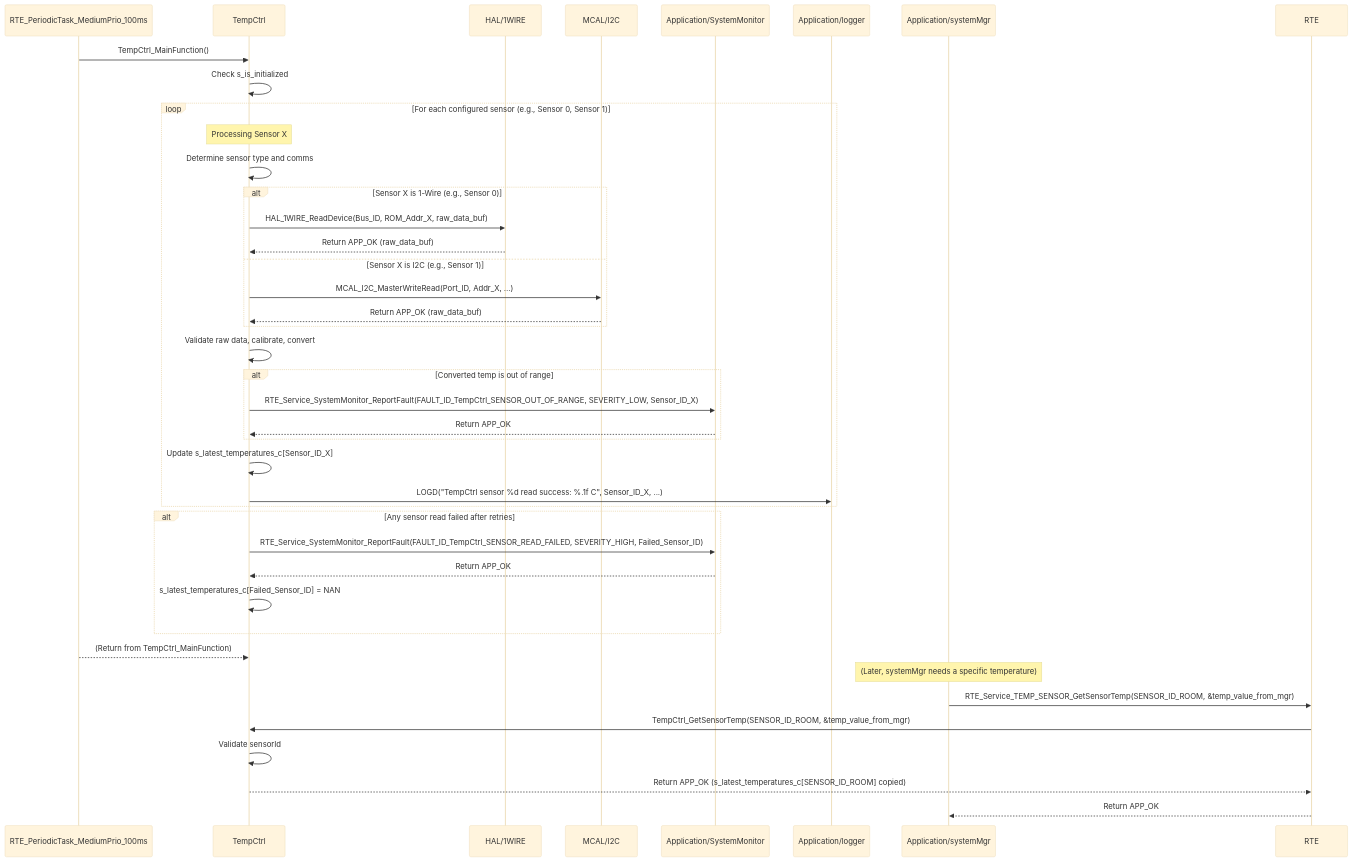
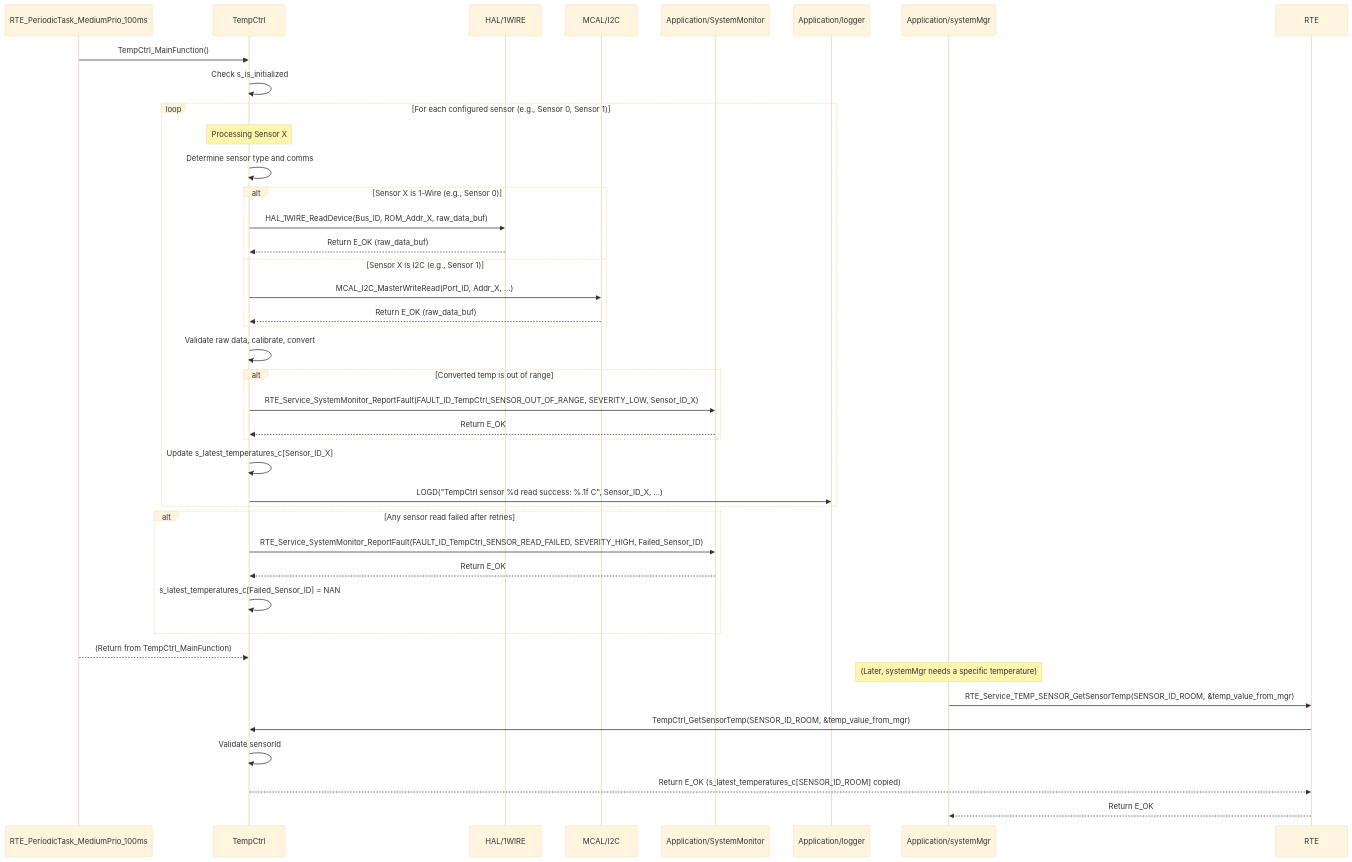
Before and after one commit to ashaker-2/Platform: the diagram in Requiremets/Design/Application/TemperatureControl.md, drawn with Mermaid (base theme). The commit also changed other lines of this file and 716 other files, not shown here.

````diff
--- a/Requiremets/Design/Application/TemperatureControl.md
+++ b/Requiremets/Design/Application/TemperatureControl.md
@@ -167,44 +167,44 @@
 ```mermaid
 sequenceDiagram  
     participant RTE_Task as RTE_PeriodicTask_MediumPrio_100ms  
     participant TempCtrl as TempCtrl  
     participant HAL_1WIRE as HAL/1WIRE  
     participant MCAL_I2C as MCAL/I2C  
     participant SystemMonitor as Application/SystemMonitor  
     participant Logger as Application/logger  
     participant SystemMgr as Application/systemMgr
 
     RTE_Task->>TempCtrl: TempCtrl_MainFunction()  
     TempCtrl->>TempCtrl: Check s_is_initialized  
     loop For each configured sensor (e.g., Sensor 0, Sensor 1)  
         Note over TempCtrl: Processing Sensor X  
         TempCtrl->>TempCtrl: Determine sensor type and comms  
         alt Sensor X is 1-Wire (e.g., Sensor 0)  
             TempCtrl->>HAL_1WIRE: HAL_1WIRE_ReadDevice(Bus_ID, ROM_Addr_X, raw_data_buf)  
-            HAL_1WIRE-->>TempCtrl: Return APP_OK (raw_data_buf)  
+            HAL_1WIRE-->>TempCtrl: Return E_OK (raw_data_buf)  
         else Sensor X is I2C (e.g., Sensor 1)  
             TempCtrl->>MCAL_I2C: MCAL_I2C_MasterWriteRead(Port_ID, Addr_X, ...)  
-            MCAL_I2C-->>TempCtrl: Return APP_OK (raw_data_buf)  
+            MCAL_I2C-->>TempCtrl: Return E_OK (raw_data_buf)  
         end  
         TempCtrl->>TempCtrl: Validate raw data, calibrate, convert  
         alt Converted temp is out of range  
             TempCtrl->>SystemMonitor: RTE_Service_SystemMonitor_ReportFault(FAULT_ID_TempCtrl_SENSOR_OUT_OF_RANGE, SEVERITY_LOW, Sensor_ID_X)  
-            SystemMonitor-->>TempCtrl: Return APP_OK  
+            SystemMonitor-->>TempCtrl: Return E_OK  
         end  
         TempCtrl->>TempCtrl: Update s_latest_temperatures_c[Sensor_ID_X]  
         TempCtrl->>Logger: LOGD("TempCtrl sensor %d read success: %.1f C", Sensor_ID_X, ...)  
     end  
     alt Any sensor read failed after retries  
         TempCtrl->>SystemMonitor: RTE_Service_SystemMonitor_ReportFault(FAULT_ID_TempCtrl_SENSOR_READ_FAILED, SEVERITY_HIGH, Failed_Sensor_ID)  
-        SystemMonitor-->>TempCtrl: Return APP_OK  
+        SystemMonitor-->>TempCtrl: Return E_OK  
         TempCtrl->>TempCtrl: s_latest_temperatures_c[Failed_Sensor_ID] = NAN  
     end  
     RTE_Task-->>TempCtrl: (Return from TempCtrl_MainFunction)
 
     Note over SystemMgr: (Later, systemMgr needs a specific temperature)  
     SystemMgr->>RTE: RTE_Service_TEMP_SENSOR_GetSensorTemp(SENSOR_ID_ROOM, &temp_value_from_mgr)  
     RTE->>TempCtrl: TempCtrl_GetSensorTemp(SENSOR_ID_ROOM, &temp_value_from_mgr)  
     TempCtrl->>TempCtrl: Validate sensorId  
-    TempCtrl-->>RTE: Return APP_OK (s_latest_temperatures_c[SENSOR_ID_ROOM] copied)  
-    RTE-->>SystemMgr: Return APP_OK
+    TempCtrl-->>RTE: Return E_OK (s_latest_temperatures_c[SENSOR_ID_ROOM] copied)  
+    RTE-->>SystemMgr: Return E_OK
 ```
````
